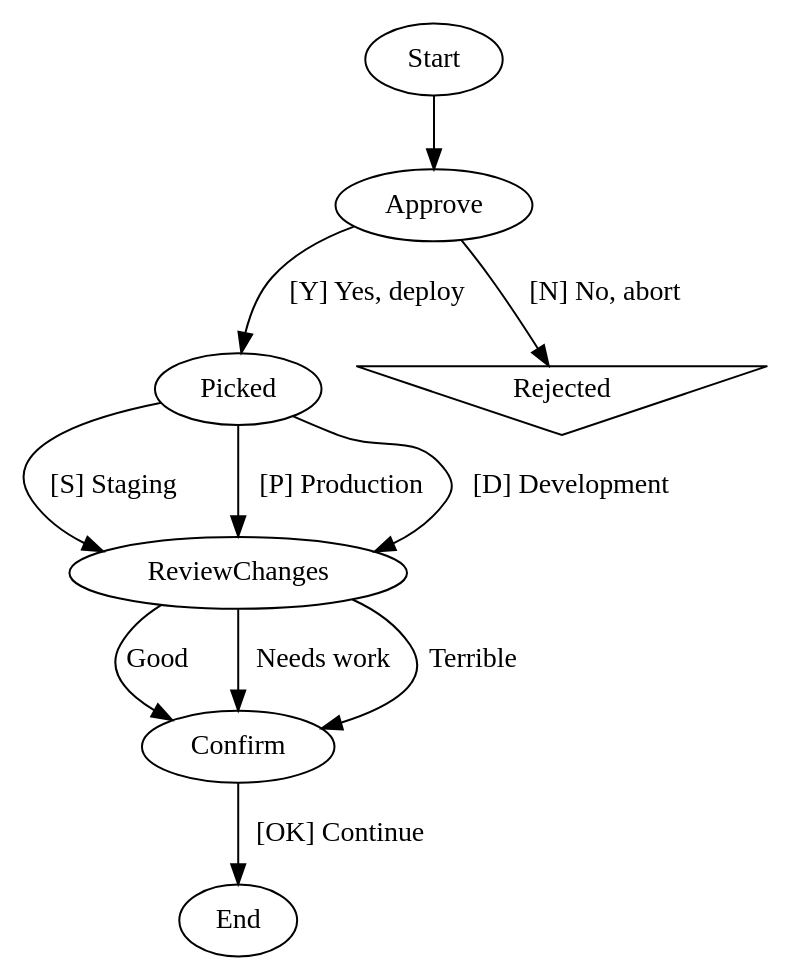
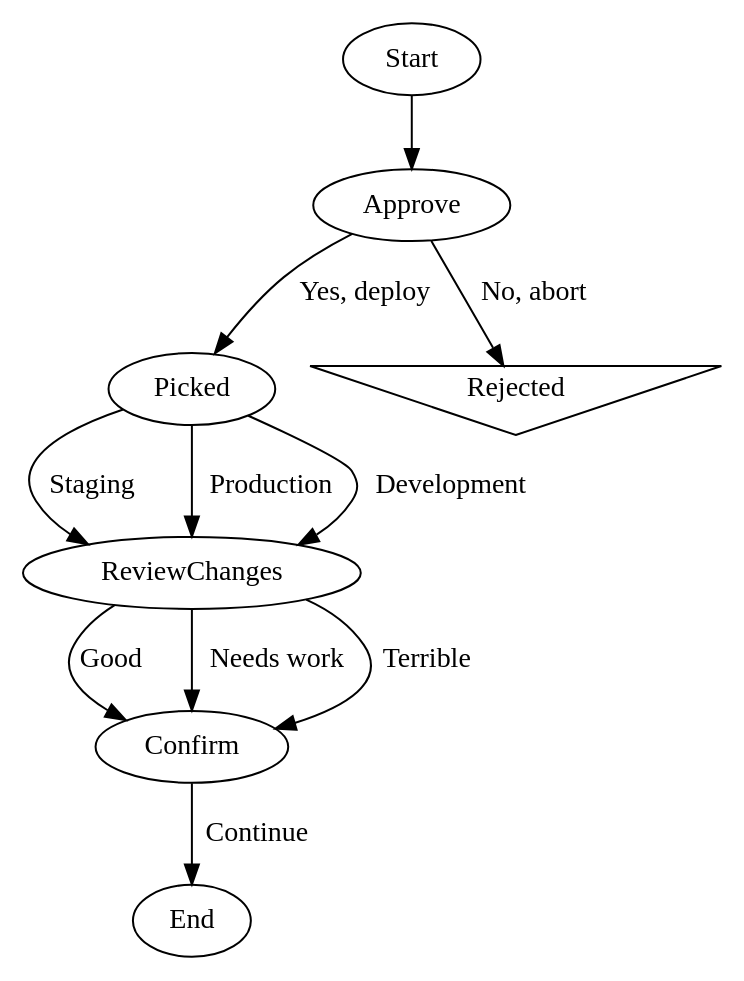
Before and after one commit to stencila/stencila: the diagram in .stencila/workflows/test-human-gates/WORKFLOW.md, drawn with Graphviz.

Commit message:
chore(workflows): remove unnecessary key shortcuts

````diff
--- a/.stencila/workflows/test-human-gates/WORKFLOW.md
+++ b/.stencila/workflows/test-human-gates/WORKFLOW.md
@@ -10,33 +10,33 @@
 ```dot
 digraph test_human_gates {
 
     Start -> Approve
 
     // --- Binary choice (yes / no style) ---------------------------------
     // Two outgoing edges simulate a yes/no gate.
     Approve [ask="Deploy to production?"]
-    Approve -> Picked     [label="[Y] Yes, deploy"]
-    Approve -> Rejected   [label="[N] No, abort"]
+    Approve -> Picked     [label="Yes, deploy"]
+    Approve -> Rejected   [label="No, abort"]
 
     Rejected [shape=invtriangle]
 
     // --- Three-way choice ------------------------------------------------
     // Three edges test the dialoguer Select prompt with more options.
     Picked [ask="Pick an environment"]
-    Picked -> ReviewChanges  [label="[S] Staging"]
-    Picked -> ReviewChanges  [label="[P] Production"]
-    Picked -> ReviewChanges  [label="[D] Development"]
+    Picked -> ReviewChanges  [label="Staging"]
+    Picked -> ReviewChanges  [label="Production"]
+    Picked -> ReviewChanges  [label="Development"]
 
     // --- Edge labels without explicit accelerator keys -------------------
     // The engine derives keys from the first letter of each label.
     ReviewChanges [ask="How do the changes look?"]
     ReviewChanges -> Confirm  [label="Good"]
     ReviewChanges -> Confirm  [label="Needs work"]
     ReviewChanges -> Confirm  [label="Terrible"]
 
     // --- Single-choice gate (auto-continue) ------------------------------
     // Only one outgoing edge — the user must accept it.
     Confirm [ask="Press Enter to finish"]
-    Confirm -> End        [label="[OK] Continue"]
+    Confirm -> End        [label="Continue"]
 }
 ```
````
